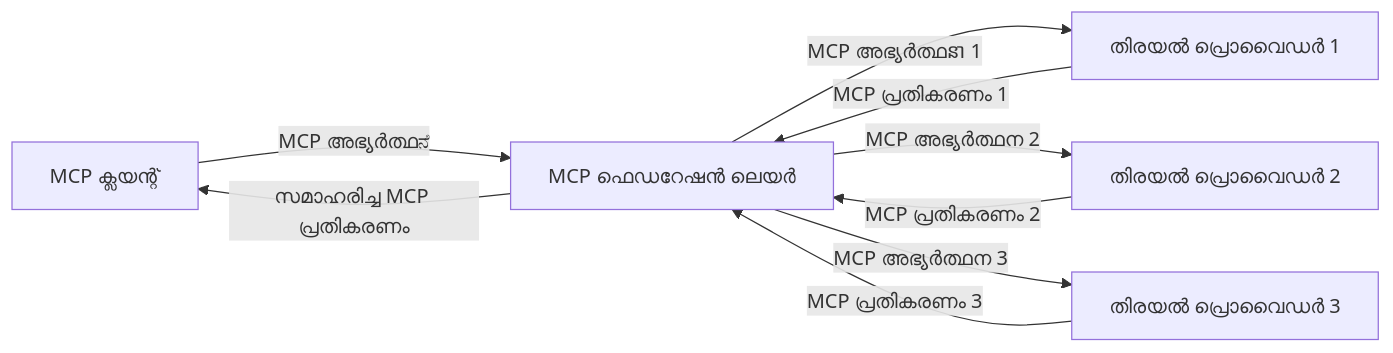
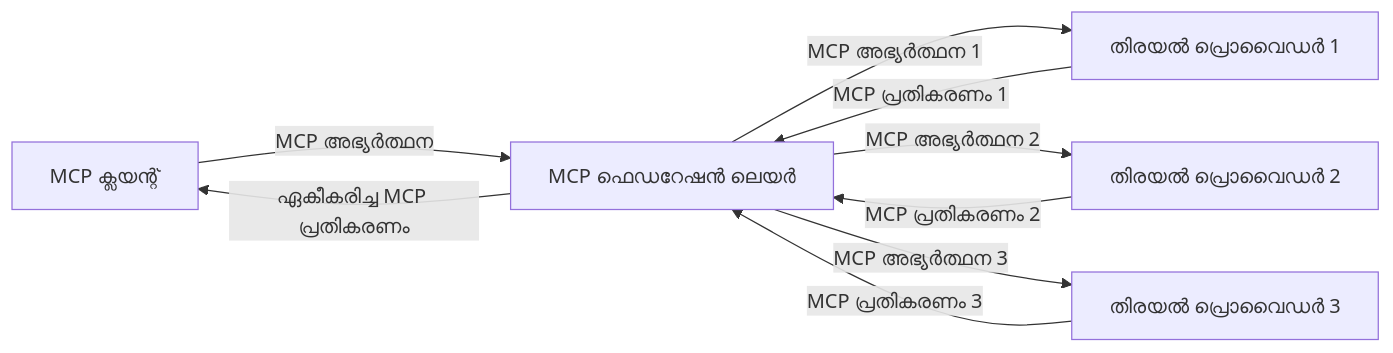
One commit to microsoft/mcp-for-beginners changed the third of 4 diagrams in translations/ml/05-AdvancedTopics/mcp-realtimesearch/README.md. Above: the diagram before and after it, drawn with Mermaid. The commit also changed other lines of this file and 112 other files, not shown here.

````diff
--- a/translations/ml/05-AdvancedTopics/mcp-realtimesearch/README.md
+++ b/translations/ml/05-AdvancedTopics/mcp-realtimesearch/README.md
@@ -610,11 +612,11 @@
 ```mermaid
 graph LR
-    Client[MCP ക്ലയന്റ്] --> |MCP അഭ്യർത്ഥನೆ| Federation[MCP ഫെഡറേഷൻ ലെയർ]
-    Federation --> |MCP അഭ്യർത്ഥនា 1| Search1[തിരയൽ പ്രൊവൈഡർ 1]
+    Client[MCP ക്ലയന്റ്] --> |MCP അഭ്യർത്ഥന| Federation[MCP ഫെഡറേഷൻ ലെയർ]
+    Federation --> |MCP അഭ്യർത്ഥന 1| Search1[തിരയൽ പ്രൊവൈഡർ 1]
     Federation --> |MCP അഭ്യർത്ഥന 2| Search2[തിരയൽ പ്രൊവൈഡർ 2]
     Federation --> |MCP അഭ്യർത്ഥന 3| Search3[തിരയൽ പ്രൊവൈഡർ 3]
     Search1 --> |MCP പ്രതികരണം 1| Federation
     Search2 --> |MCP പ്രതികരണം 2| Federation
     Search3 --> |MCP പ്രതികരണം 3| Federation
-    Federation --> |സമാഹരിച്ച MCP പ്രതികരണം| Client
+    Federation --> |ഏകീകരിച്ച MCP പ്രതികരണം| Client
 ```
````
